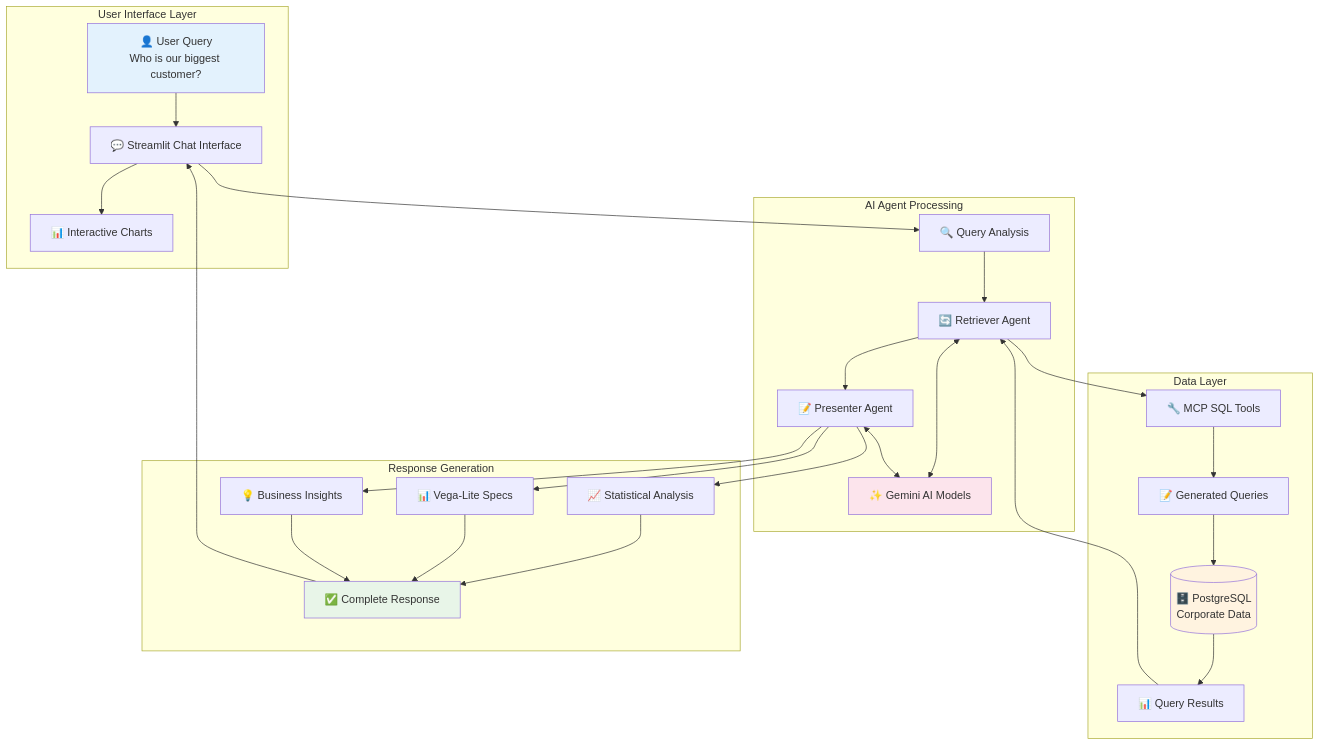
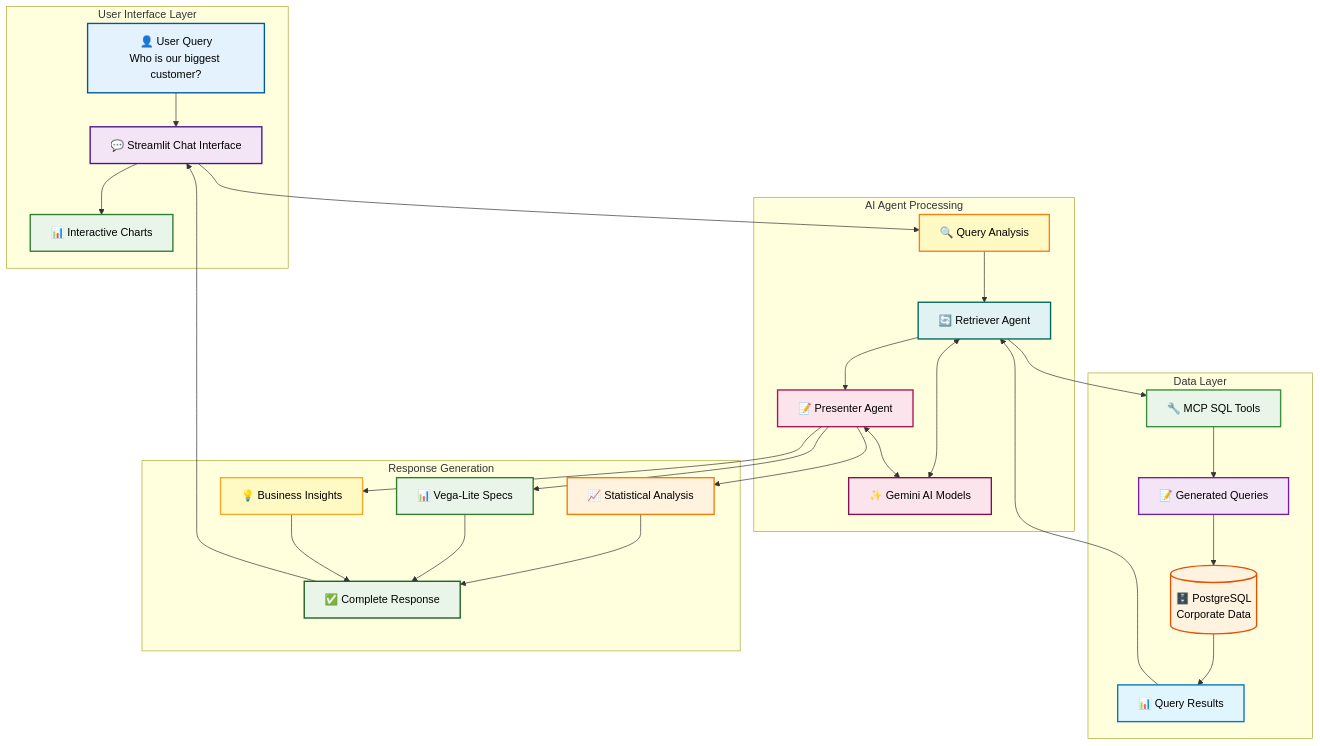
One commit to discoverlance-com/the-smart-corporate-search changed the fourth of 6 diagrams in README.md. Above: the diagram before and after it, drawn with Mermaid. The commit also changed other lines of this file, not shown here.

Commit message:
feat: remove status section

````diff
--- a/README.md
+++ b/README.md
@@ -335,54 +335,65 @@
 ```mermaid
 flowchart TD
     subgraph "User Interface Layer"
         UserQuery[👤 User Query<br/>Who is our biggest customer?]
         ChatInterface[💬 Streamlit Chat Interface]
         ChartDisplay[📊 Interactive Charts]
     end
 
     subgraph "AI Agent Processing"
         QueryProcessor[🔍 Query Analysis]
         RetrieverAgent[🔄 Retriever Agent]
         PresenterAgent[📝 Presenter Agent]
         GeminiAPI[✨ Gemini AI Models]
     end
 
     subgraph "Data Layer"
         MCPTools[🔧 MCP SQL Tools]
         SQLQueries[📝 Generated Queries]
         Database[(🗄️ PostgreSQL<br/>Corporate Data)]
         Results[📊 Query Results]
     end
 
     subgraph "Response Generation"
         DataAnalysis[📈 Statistical Analysis]
         VegaLiteCharts[📊 Vega-Lite Specs]
         BusinessInsights[💡 Business Insights]
         FinalResponse[✅ Complete Response]
     end
 
     UserQuery --> ChatInterface
     ChatInterface --> QueryProcessor
     QueryProcessor --> RetrieverAgent
     RetrieverAgent <--> GeminiAPI
     RetrieverAgent --> MCPTools
     MCPTools --> SQLQueries
     SQLQueries --> Database
     Database --> Results
     Results --> RetrieverAgent
     RetrieverAgent --> PresenterAgent
     PresenterAgent <--> GeminiAPI
     PresenterAgent --> DataAnalysis
     PresenterAgent --> VegaLiteCharts
     PresenterAgent --> BusinessInsights
     DataAnalysis --> FinalResponse
     VegaLiteCharts --> FinalResponse
     BusinessInsights --> FinalResponse
     FinalResponse --> ChatInterface
     ChatInterface --> ChartDisplay
 
-    style UserQuery fill:#e3f2fd
-    style GeminiAPI fill:#fce4ec
-    style Database fill:#fff3e0
-    style FinalResponse fill:#e8f5e8
+    style UserQuery fill:#e3f2fd,stroke:#01579b,stroke-width:2px,color:#000
+    style GeminiAPI fill:#fce4ec,stroke:#880e4f,stroke-width:2px,color:#000
+    style Database fill:#fff3e0,stroke:#e65100,stroke-width:2px,color:#000
+    style FinalResponse fill:#e8f5e8,stroke:#1b5e20,stroke-width:2px,color:#000
+    style ChatInterface fill:#f3e5f5,stroke:#4a148c,stroke-width:2px,color:#000
+    style QueryProcessor fill:#fff9c4,stroke:#f57f17,stroke-width:2px,color:#000
+    style RetrieverAgent fill:#e0f2f1,stroke:#00695c,stroke-width:2px,color:#000
+    style PresenterAgent fill:#fce4ec,stroke:#ad1457,stroke-width:2px,color:#000
+    style ChartDisplay fill:#e8f5e8,stroke:#2e7d32,stroke-width:2px,color:#000
+    style MCPTools fill:#e8f5e8,stroke:#388e3c,stroke-width:2px,color:#000
+    style SQLQueries fill:#f3e5f5,stroke:#7b1fa2,stroke-width:2px,color:#000
+    style Results fill:#e1f5fe,stroke:#0277bd,stroke-width:2px,color:#000
+    style DataAnalysis fill:#fff3e0,stroke:#f57c00,stroke-width:2px,color:#000
+    style VegaLiteCharts fill:#e8f5e8,stroke:#2e7d32,stroke-width:2px,color:#000
+    style BusinessInsights fill:#fff9c4,stroke:#f9a825,stroke-width:2px,color:#000
 ```
````
